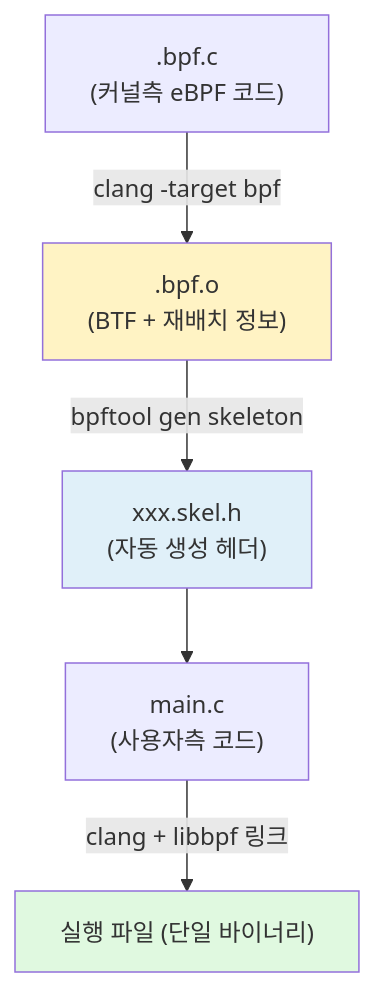
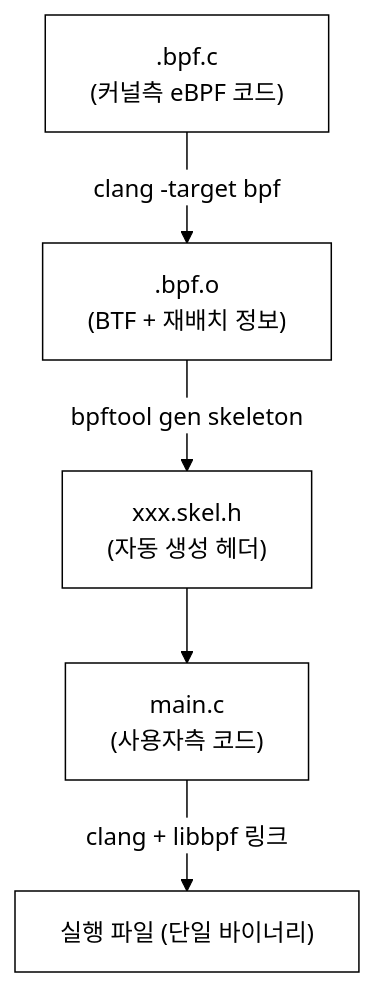
Before and after one commit to iamywl/ebpf-lab: the fourth of 5 diagrams in docs/lecture/11주차_libbpf와_CO-RE_프로덕션eBPF.md, drawn with Mermaid. The commit also changed other lines of this file and 33 other files, not shown here.

First line of the commit message:
강의자료: 다이어그램 흑백(논문 스타일) 통일 + 실제 실행 스크린샷 삽입

````diff
--- a/docs/lecture/11주차_libbpf와_CO-RE_프로덕션eBPF.md
+++ b/docs/lecture/11주차_libbpf와_CO-RE_프로덕션eBPF.md
@@ -128,10 +131,11 @@
 ```mermaid
+%%{init: {"theme":"base","themeVariables":{"background":"#ffffff","primaryColor":"#ffffff","primaryBorderColor":"#000000","primaryTextColor":"#000000","secondaryColor":"#ffffff","secondaryBorderColor":"#000000","secondaryTextColor":"#000000","tertiaryColor":"#ffffff","tertiaryBorderColor":"#000000","tertiaryTextColor":"#000000","lineColor":"#000000","textColor":"#000000","mainBkg":"#ffffff","secondBkg":"#ffffff","clusterBkg":"#ffffff","clusterBorder":"#000000","edgeLabelBackground":"#ffffff","nodeBorder":"#000000","defaultLinkColor":"#000000","titleColor":"#000000","actorBkg":"#ffffff","actorBorder":"#000000","actorTextColor":"#000000","actorLineColor":"#000000","signalColor":"#000000","signalTextColor":"#000000","labelBoxBkgColor":"#ffffff","labelBoxBorderColor":"#000000","labelTextColor":"#000000","loopTextColor":"#000000","noteBkgColor":"#ffffff","noteBorderColor":"#000000","noteTextColor":"#000000","activationBkgColor":"#ffffff","activationBorderColor":"#000000","sequenceNumberColor":"#000000","cScale0":"#ffffff","cScale1":"#ffffff","cScale2":"#ffffff","cScale3":"#ffffff","cScale4":"#ffffff","cScale5":"#ffffff","cScale6":"#ffffff","cScale7":"#ffffff","cScale8":"#ffffff","cScale9":"#ffffff","cScale10":"#ffffff","cScale11":"#ffffff","cScaleLabel0":"#000000","cScaleLabel1":"#000000","cScaleLabel2":"#000000","cScaleLabel3":"#000000","cScaleLabel4":"#000000","cScaleLabel5":"#000000","cScaleLabel6":"#000000","cScaleLabel7":"#000000","cScaleLabel8":"#000000","cScaleLabel9":"#000000","cScaleLabel10":"#000000","cScaleLabel11":"#000000","pie1":"#ffffff","pie2":"#eeeeee","pie3":"#dddddd","pie4":"#cccccc","fontFamily":"Georgia, serif"}}}%%
 flowchart TB
     A[".bpf.c\n(커널측 eBPF 코드)"] -->|"clang -target bpf"| B[".bpf.o\n(BTF + 재배치 정보)"]
     B -->|"bpftool gen skeleton"| C["xxx.skel.h\n(자동 생성 헤더)"]
     C --> D["main.c\n(사용자측 코드)"]
     D -->|"clang + libbpf 링크"| E["실행 파일 (단일 바이너리)"]
-    style B fill:#fff3c4
-    style C fill:#e0f0f9
-    style E fill:#e0f9e0
+    style B fill:#ffffff
+    style C fill:#ffffff
+    style E fill:#ffffff
 ```
````
